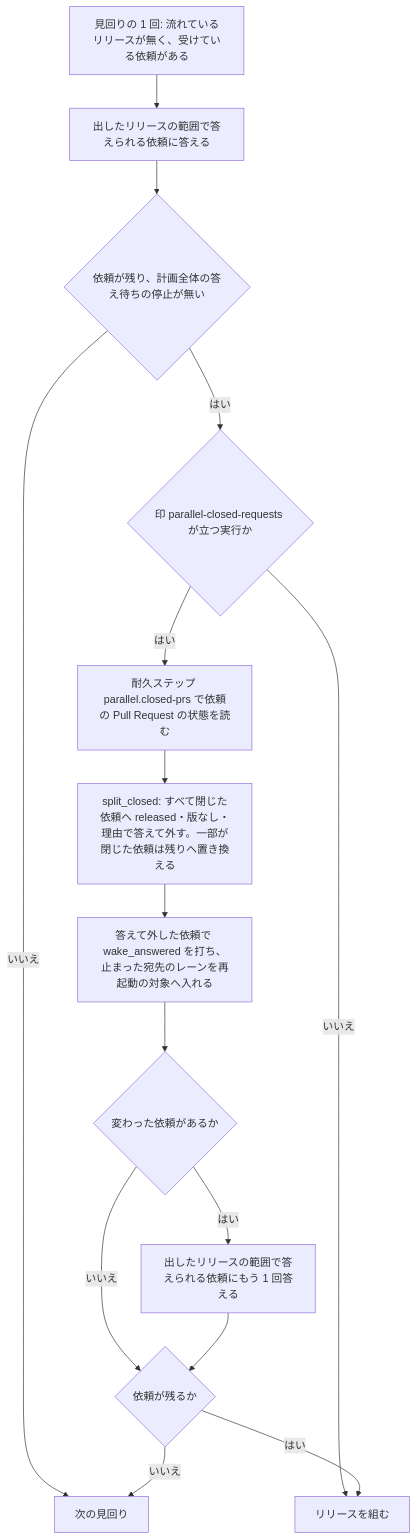
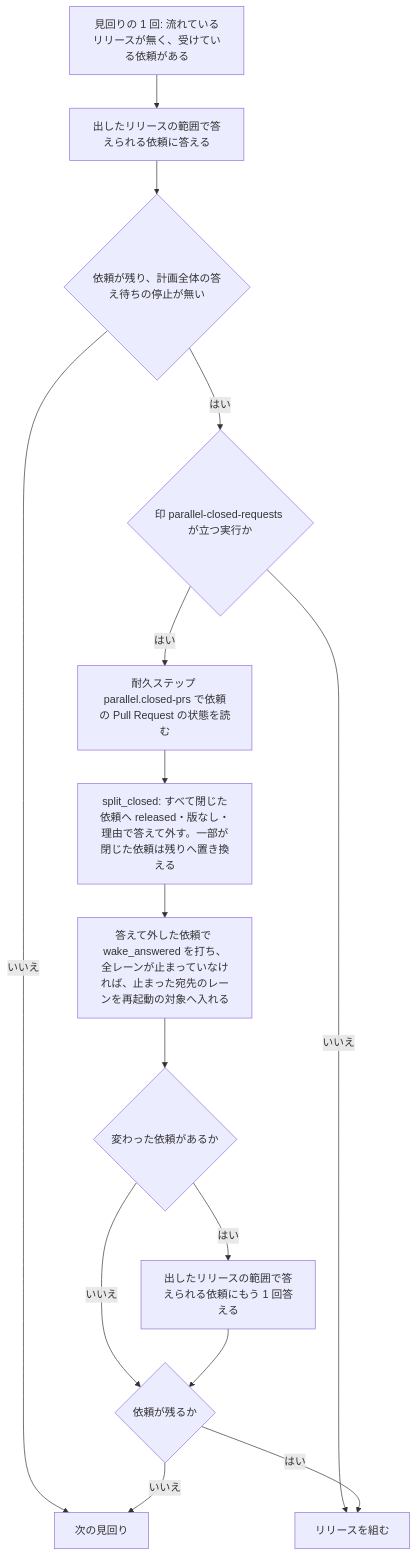
One commit to devbasex/ai-plugins changed the third of 3 diagrams in issues/issue-3083-design.md. Above: the diagram before and after it, drawn with Mermaid. The commit also changed other lines of this file, not shown here.

````diff
--- a/issues/issue-3083-design.md
+++ b/issues/issue-3083-design.md
@@ -169,17 +169,17 @@
 ```mermaid
 graph TD
     A[見回りの 1 回: 流れているリリースが無く、受けている依頼がある] --> B[出したリリースの範囲で答えられる依頼に答える]
     B --> C{依頼が残り、計画全体の答え待ちの停止が無い}
     C -- いいえ --> Z[次の見回り]
     C -- はい --> D{印 parallel-closed-requests が立つ実行か}
     D -- いいえ --> G[リリースを組む]
     D -- はい --> E[耐久ステップ parallel.closed-prs で依頼の Pull Request の状態を読む]
     E --> F[split_closed: すべて閉じた依頼へ released・版なし・理由で答えて外す。一部が閉じた依頼は残りへ置き換える]
-    F --> W[答えて外した依頼で wake_answered を打ち、止まった宛先のレーンを再起動の対象へ入れる]
+    F --> W[答えて外した依頼で wake_answered を打ち、全レーンが止まっていなければ、止まった宛先のレーンを再起動の対象へ入れる]
     W --> H{変わった依頼があるか}
     H -- はい --> B2[出したリリースの範囲で答えられる依頼にもう 1 回答える]
     H -- いいえ --> I
     B2 --> I{依頼が残るか}
     I -- はい --> G
     I -- いいえ --> Z
 ```
````
